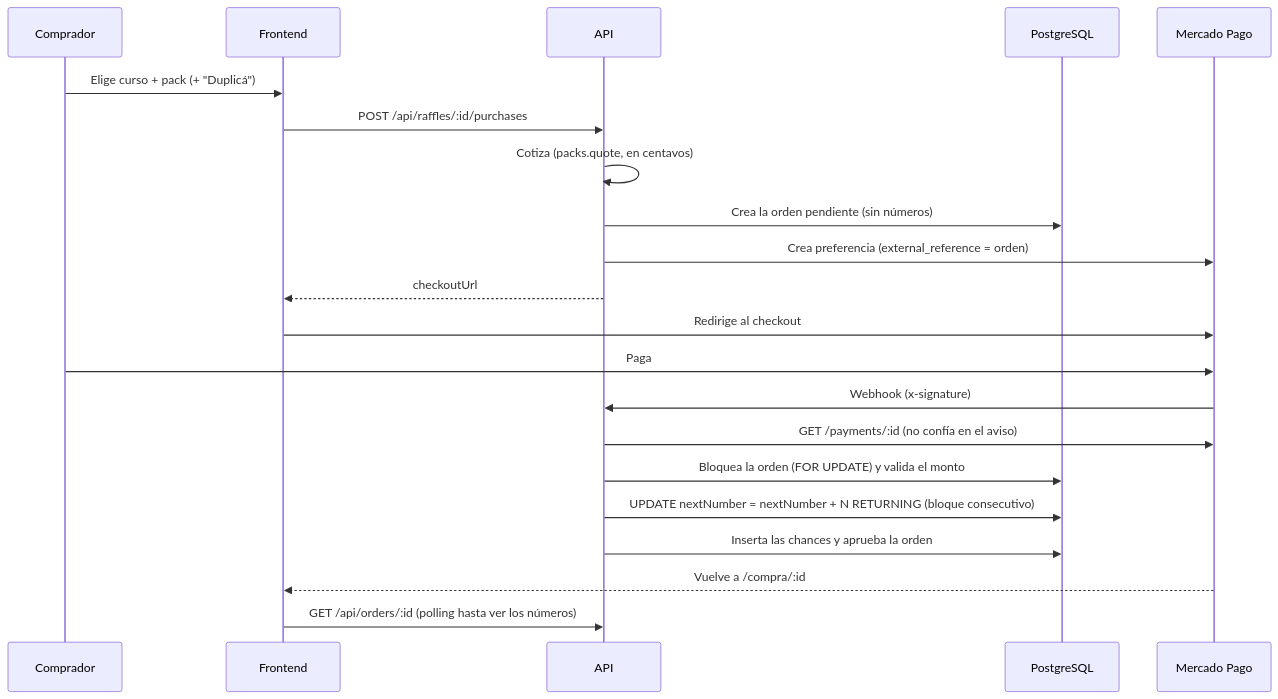
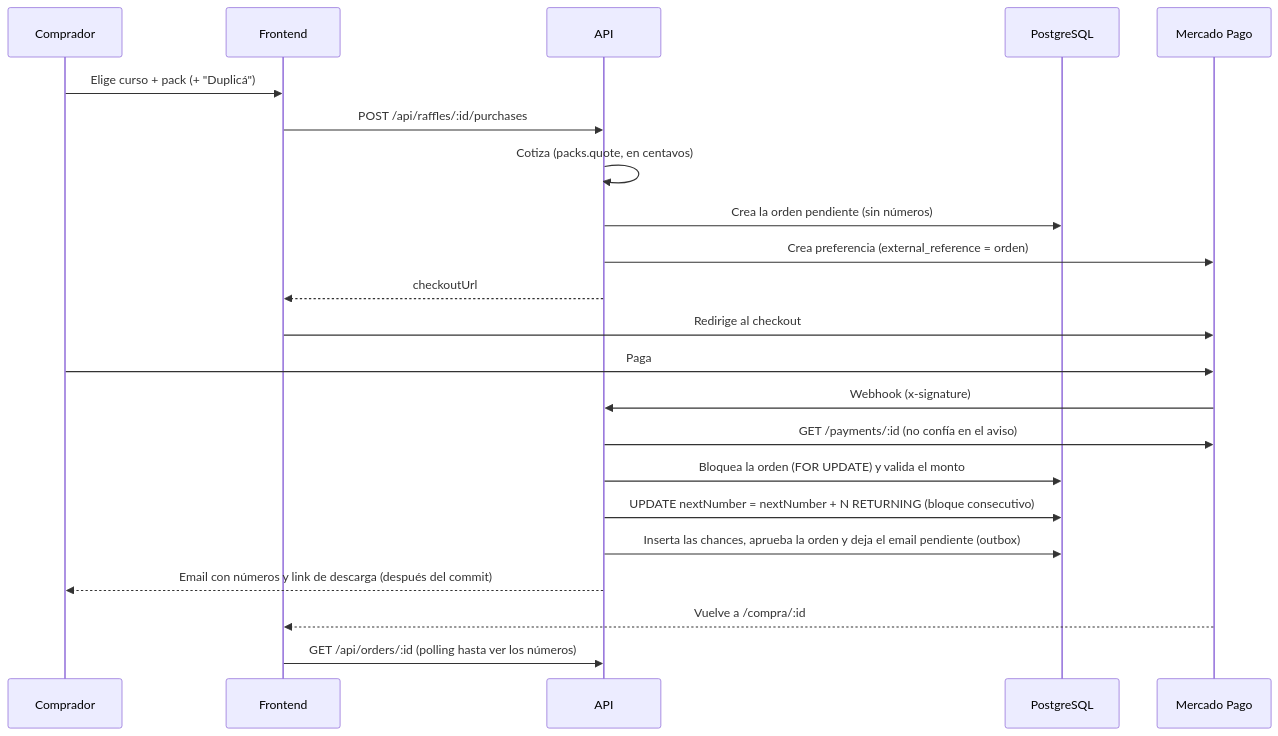
Before and after one commit to MarianoMuri/giveaway-platform: the second of 2 diagrams in docs/ARCHITECTURE.md, drawn with Mermaid. The commit also changed other lines of this file and 3 other files, not shown here.

Commit message:
docs: document confirmation email and outbox design

````diff
--- a/docs/ARCHITECTURE.md
+++ b/docs/ARCHITECTURE.md
@@ -18,24 +18,25 @@
 ```mermaid
 sequenceDiagram
   participant C as Comprador
   participant W as Frontend
   participant API
   participant DB as PostgreSQL
   participant MP as Mercado Pago
 
   C->>W: Elige curso + pack (+ "Duplicá")
   W->>API: POST /api/raffles/:id/purchases
   API->>API: Cotiza (packs.quote, en centavos)
   API->>DB: Crea la orden pendiente (sin números)
   API->>MP: Crea preferencia (external_reference = orden)
   API-->>W: checkoutUrl
   W->>MP: Redirige al checkout
   C->>MP: Paga
   MP->>API: Webhook (x-signature)
   API->>MP: GET /payments/:id (no confía en el aviso)
   API->>DB: Bloquea la orden (FOR UPDATE) y valida el monto
   API->>DB: UPDATE nextNumber = nextNumber + N RETURNING (bloque consecutivo)
-  API->>DB: Inserta las chances y aprueba la orden
+  API->>DB: Inserta las chances, aprueba la orden y deja el email pendiente (outbox)
+  API-->>C: Email con números y link de descarga (después del commit)
   MP-->>W: Vuelve a /compra/:id
   W->>API: GET /api/orders/:id (polling hasta ver los números)
 ```
````
